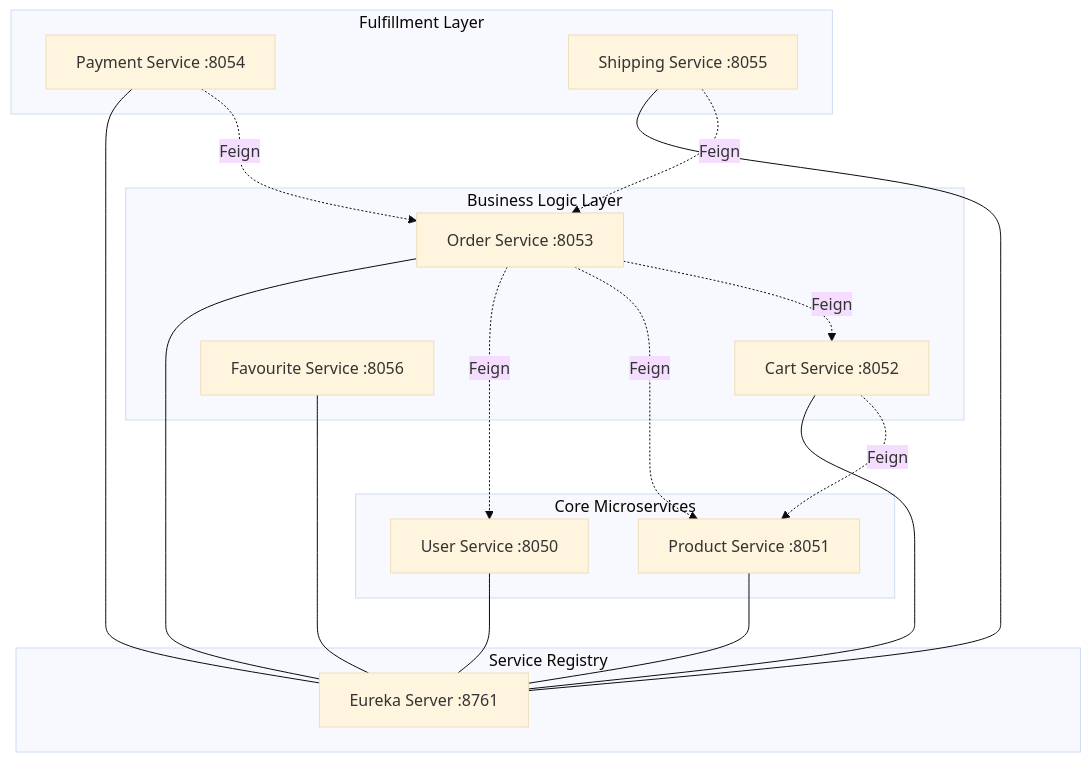
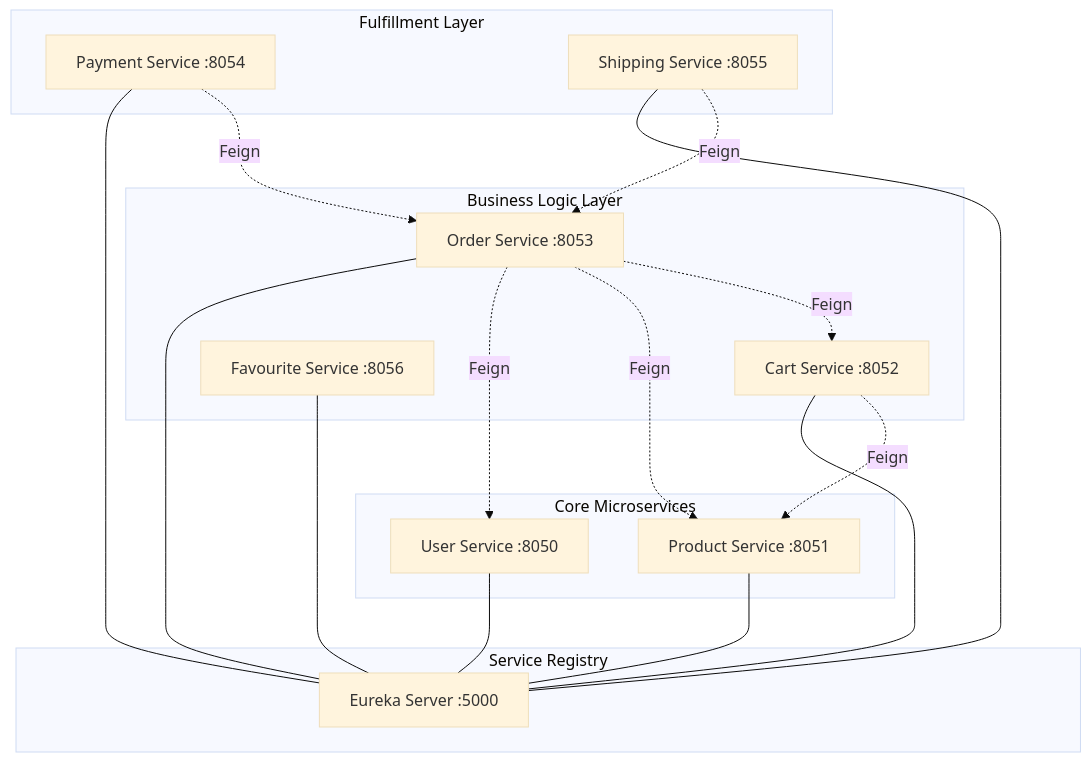
The diagram in README.md (nampallyharish4/Ecom-MicroServices), drawn with Mermaid (base theme) before and after one commit. The commit also changed other lines of this file, not shown here.

````diff
--- a/README.md
+++ b/README.md
@@ -16,37 +16,37 @@
 ```mermaid
 graph TD
     subgraph "Service Registry"
-        Eureka[Eureka Server :8761]
+        Eureka[Eureka Server :5000]
     end
 
     subgraph "Core Microservices"
         User[User Service :8050]
         Product[Product Service :8051]
     end
 
     subgraph "Business Logic Layer"
         Cart[Cart Service :8052]
         Favourite[Favourite Service :8056]
         Order[Order Service :8053]
     end
 
     subgraph "Fulfillment Layer"
         Payment[Payment Service :8054]
         Shipping[Shipping Service :8055]
     end
 
     User --- Eureka
     Product --- Eureka
     Cart --- Eureka
     Order --- Eureka
     Payment --- Eureka
     Shipping --- Eureka
     Favourite --- Eureka
 
     Order -.->|Feign| User
     Order -.->|Feign| Product
     Order -.->|Feign| Cart
     Payment -.->|Feign| Order
     Shipping -.->|Feign| Order
     Cart -.->|Feign| Product
 ```
````
